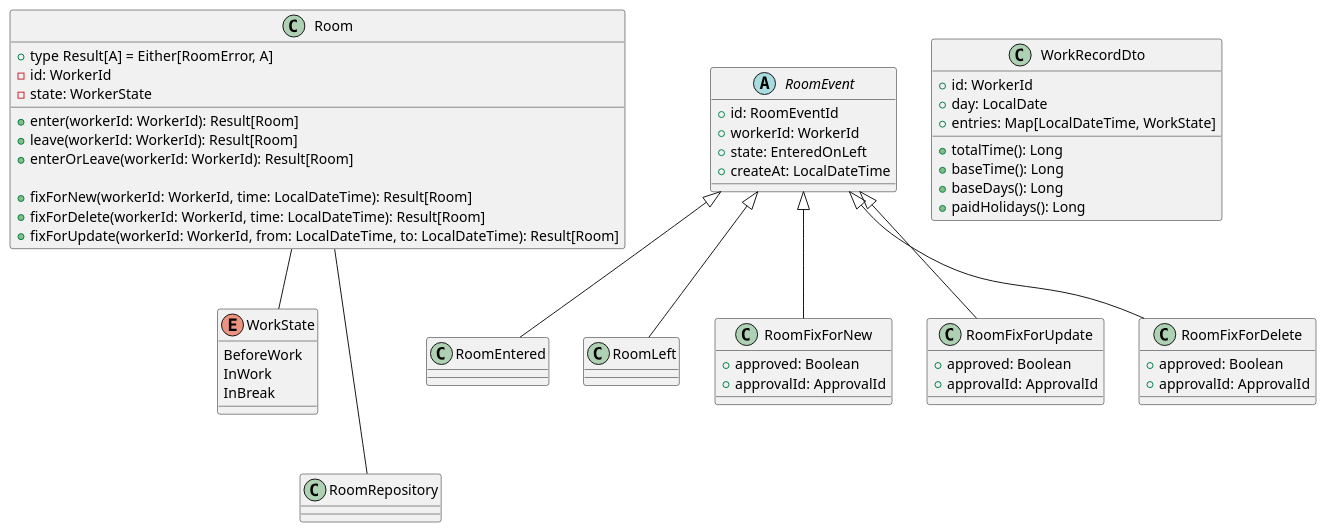
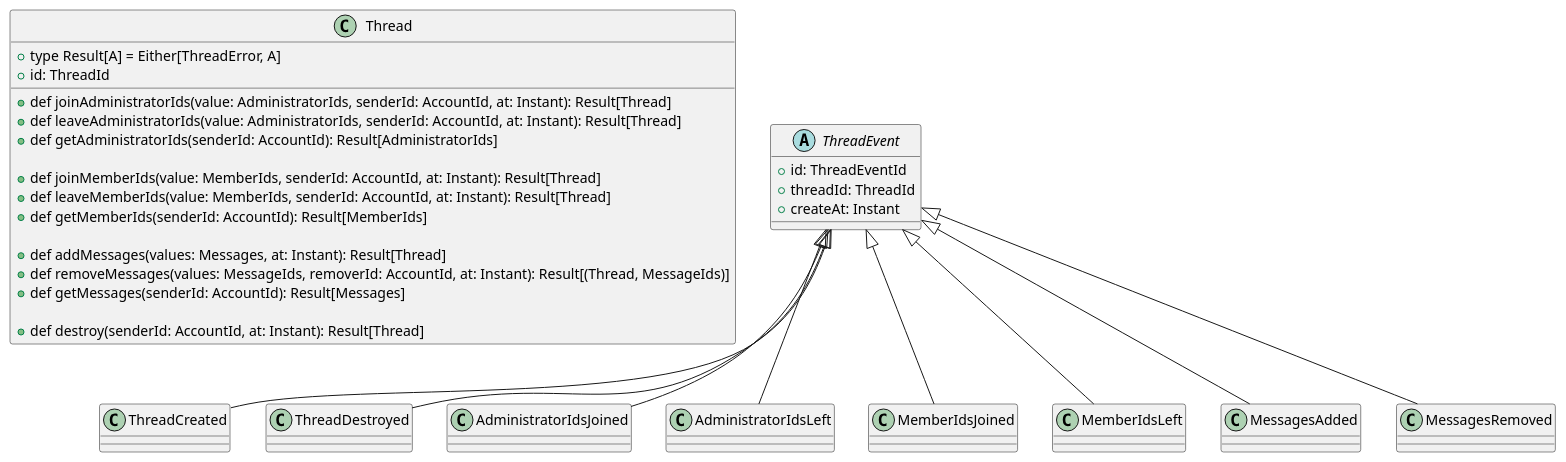
One commit to j5ik2o/thread-weaver changed the diagram in slide/class-diagram-1.puml. Above: the diagram before and after it, drawn with PlantUML. The commit also changed 6 other files, not shown here.

```diff
--- a/slide/class-diagram-1.puml
+++ b/slide/class-diagram-1.puml
@@ -1,61 +1,37 @@
 @startuml
 
-enum WorkState {
-    BeforeWork
-    InWork
-    InBreak
+class Thread {
+    + type Result[A] = Either[ThreadError, A]
+    + id: ThreadId
+
+    + def joinAdministratorIds(value: AdministratorIds, senderId: AccountId, at: Instant): Result[Thread]
+    + def leaveAdministratorIds(value: AdministratorIds, senderId: AccountId, at: Instant): Result[Thread]
+    + def getAdministratorIds(senderId: AccountId): Result[AdministratorIds]
+
+    + def joinMemberIds(value: MemberIds, senderId: AccountId, at: Instant): Result[Thread]
+    + def leaveMemberIds(value: MemberIds, senderId: AccountId, at: Instant): Result[Thread]
+    + def getMemberIds(senderId: AccountId): Result[MemberIds]
+
+    + def addMessages(values: Messages, at: Instant): Result[Thread]
+    + def removeMessages(values: MessageIds, removerId: AccountId, at: Instant): Result[(Thread, MessageIds)]
+    + def getMessages(senderId: AccountId): Result[Messages]
+
+    + def destroy(senderId: AccountId, at: Instant): Result[Thread]
 }
 
-class Room {
-    + type Result[A] = Either[RoomError, A]
-    - id: WorkerId
-    - state: WorkerState
-    
-    + enter(workerId: WorkerId): Result[Room]
-    + leave(workerId: WorkerId): Result[Room]
-    + enterOrLeave(workerId: WorkerId): Result[Room]
-    
-    + fixForNew(workerId: WorkerId, time: LocalDateTime): Result[Room]
-    + fixForDelete(workerId: WorkerId, time: LocalDateTime): Result[Room]
-    + fixForUpdate(workerId: WorkerId, from: LocalDateTime, to: LocalDateTime): Result[Room]
+abstract class ThreadEvent {
+    + id: ThreadEventId
+    + threadId: ThreadId
+    + createAt: Instant
 }
 
-abstract class RoomEvent {
-    + id: RoomEventId
-    + workerId: WorkerId
-    + state: EnteredOnLeft
-    + createAt: LocalDateTime
-}
-
-class RoomEntered extends RoomEvent
-class RoomLeft extends RoomEvent
-class RoomFixForNew extends RoomEvent {
-    + approved: Boolean
-    + approvalId: ApprovalId
-}
-class RoomFixForUpdate extends RoomEvent {
-    + approved: Boolean
-    + approvalId: ApprovalId
-}
-class RoomFixForDelete extends RoomEvent {
-    + approved: Boolean
-    + approvalId: ApprovalId
-}
-
-class RoomRepository {
-}
-
-class WorkRecordDto {
-    + id: WorkerId
-    + day: LocalDate
-    + entries: Map[LocalDateTime, WorkState]
-    + totalTime(): Long
-    + baseTime(): Long
-    + baseDays(): Long
-    + paidHolidays(): Long
-}
-
-Room -- WorkState
-Room --- RoomRepository
+class ThreadCreated extends ThreadEvent
+class ThreadDestroyed extends ThreadEvent
+class AdministratorIdsJoined extends ThreadEvent
+class AdministratorIdsLeft extends ThreadEvent
+class MemberIdsJoined extends ThreadEvent
+class MemberIdsLeft extends ThreadEvent
+class MessagesAdded extends ThreadEvent
+class MessagesRemoved extends ThreadEvent
 
 @enduml
```
